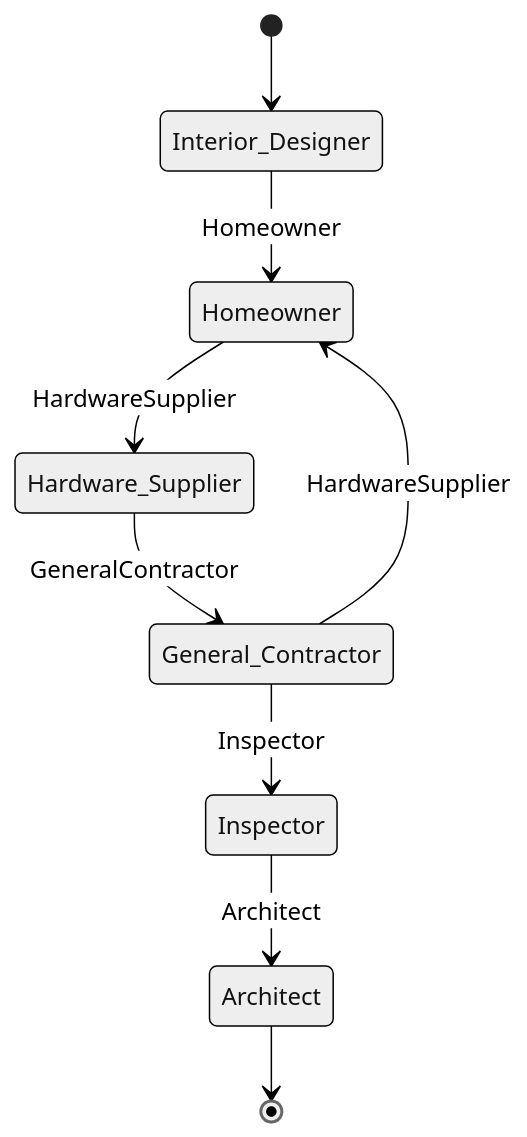
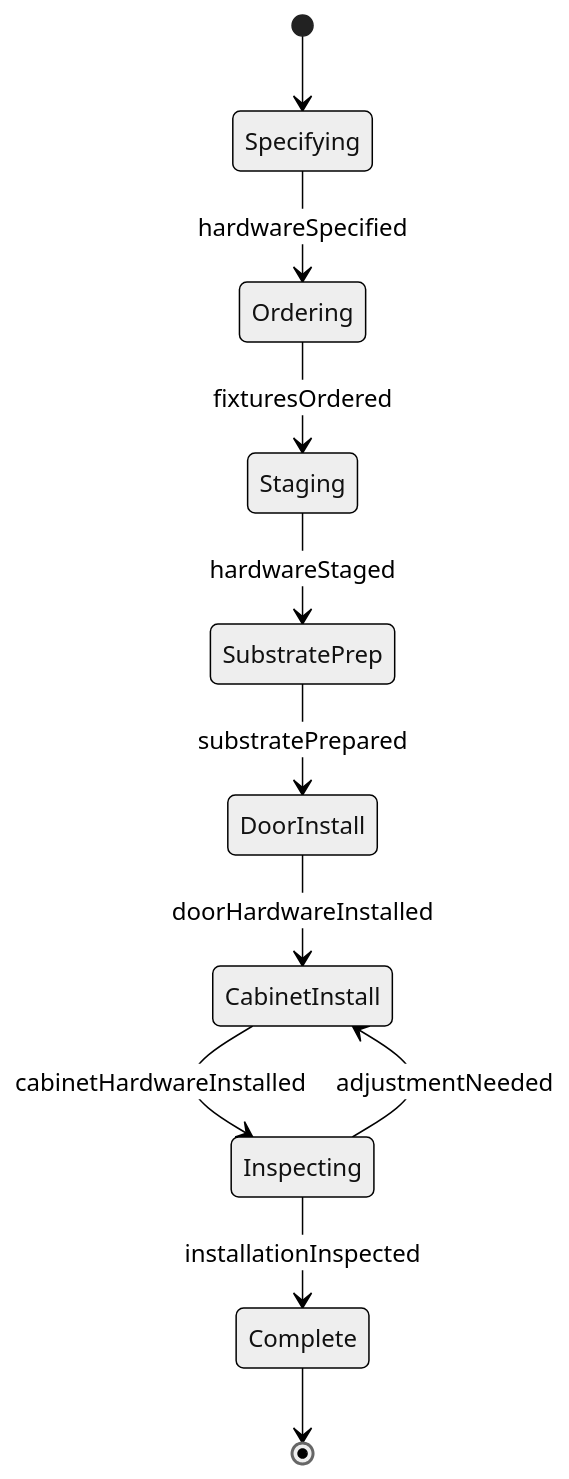
The second of 4 diagrams in HandlingAndMovingObjects/BuildStructures/InstallHardwareInteriorFixtures.mdx (dot-org-ai/tasks.org.ai), drawn with Mermaid (neutral theme) before and after one commit. The commit also changed other lines of this file and 515 other files, not shown here.

````diff
--- a/HandlingAndMovingObjects/BuildStructures/InstallHardwareInteriorFixtures.mdx
+++ b/HandlingAndMovingObjects/BuildStructures/InstallHardwareInteriorFixtures.mdx
@@ -101,11 +99,13 @@
 ```mermaid
 stateDiagram-v2
-    [*] --> Interior_Designer
-    Interior_Designer --> Homeowner: Homeowner
-    Homeowner --> Hardware_Supplier: HardwareSupplier
-    Hardware_Supplier --> General_Contractor: GeneralContractor
-    General_Contractor --> Inspector: Inspector
-    Inspector --> Architect: Architect
-    General_Contractor --> Homeowner: HardwareSupplier
-    Architect --> [*]
+    [*] --> Specifying
+    Specifying --> Ordering : hardwareSpecified
+    Ordering --> Staging : fixturesOrdered
+    Staging --> SubstratePrep : hardwareStaged
+    SubstratePrep --> DoorInstall : substratePrepared
+    DoorInstall --> CabinetInstall : doorHardwareInstalled
+    CabinetInstall --> Inspecting : cabinetHardwareInstalled
+    Inspecting --> Complete : installationInspected
+    Inspecting --> CabinetInstall : adjustmentNeeded
+    Complete --> [*]
 ```
````
